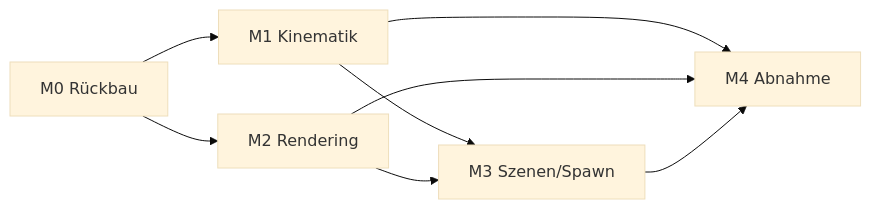
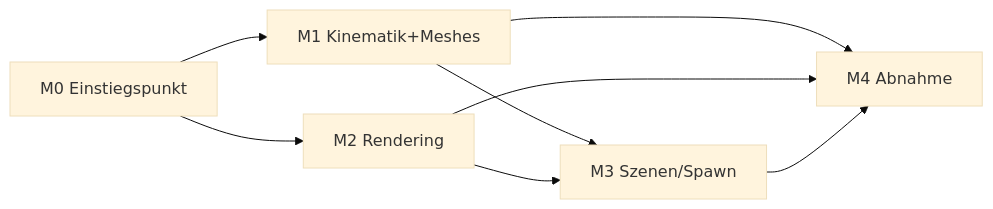
One commit to BergStefanBerlin/SegelPhysik changed the diagram in doc/UMSETZUNGSPLAN_v3.md. Above: the diagram before and after it, drawn with Mermaid (base theme). The commit also changed other lines of this file, not shown here.

Commit message:
[v3][M0] Umsetzungsplan v3 final: Additivprinzip statt Löschung, meshes.py V4-Schnittstelle

````diff
--- a/doc/UMSETZUNGSPLAN_v3.md
+++ b/doc/UMSETZUNGSPLAN_v3.md
@@ -132,10 +158,10 @@
 ```mermaid
 graph LR
-    M0[M0 Rückbau] --> M1[M1 Kinematik]
+    M0[M0 Einstiegspunkt] --> M1[M1 Kinematik+Meshes]
     M0 --> M2[M2 Rendering]
     M1 --> M3[M3 Szenen/Spawn]
     M2 --> M3
     M1 --> M4[M4 Abnahme]
     M2 --> M4
     M3 --> M4
 ```
````
